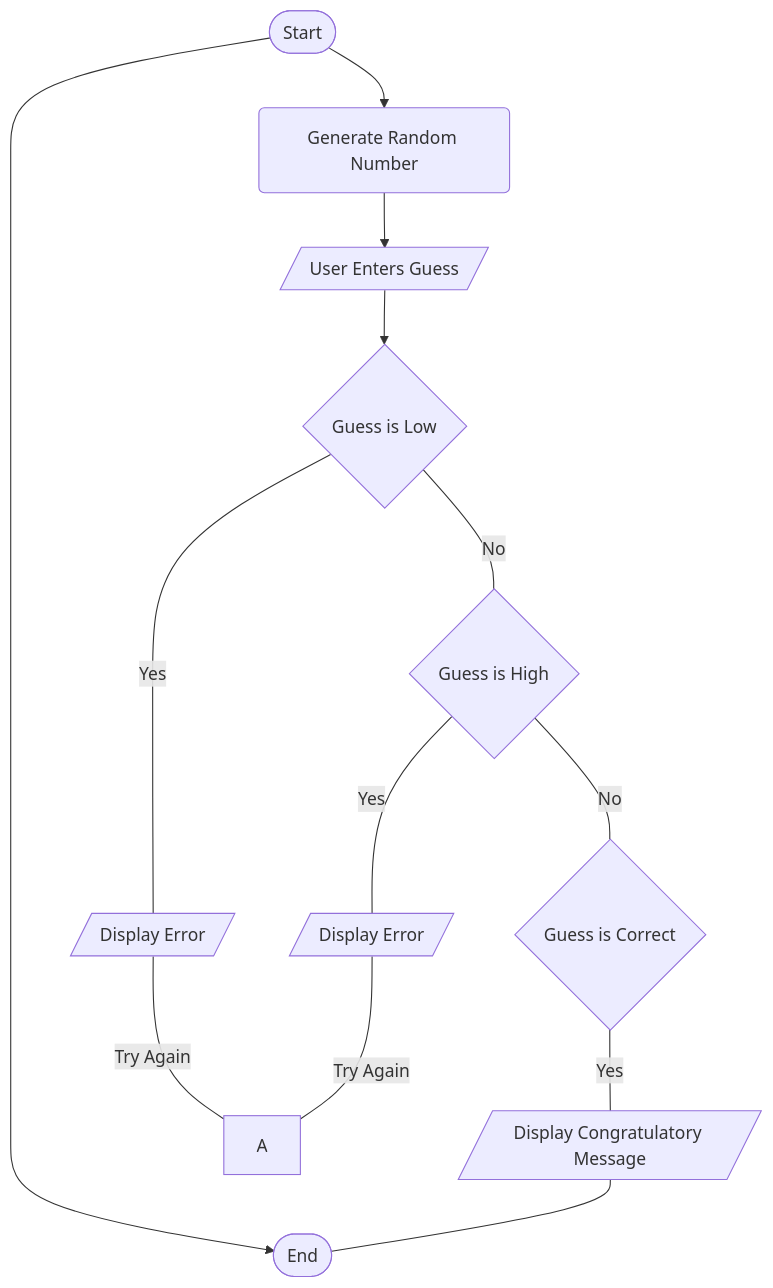
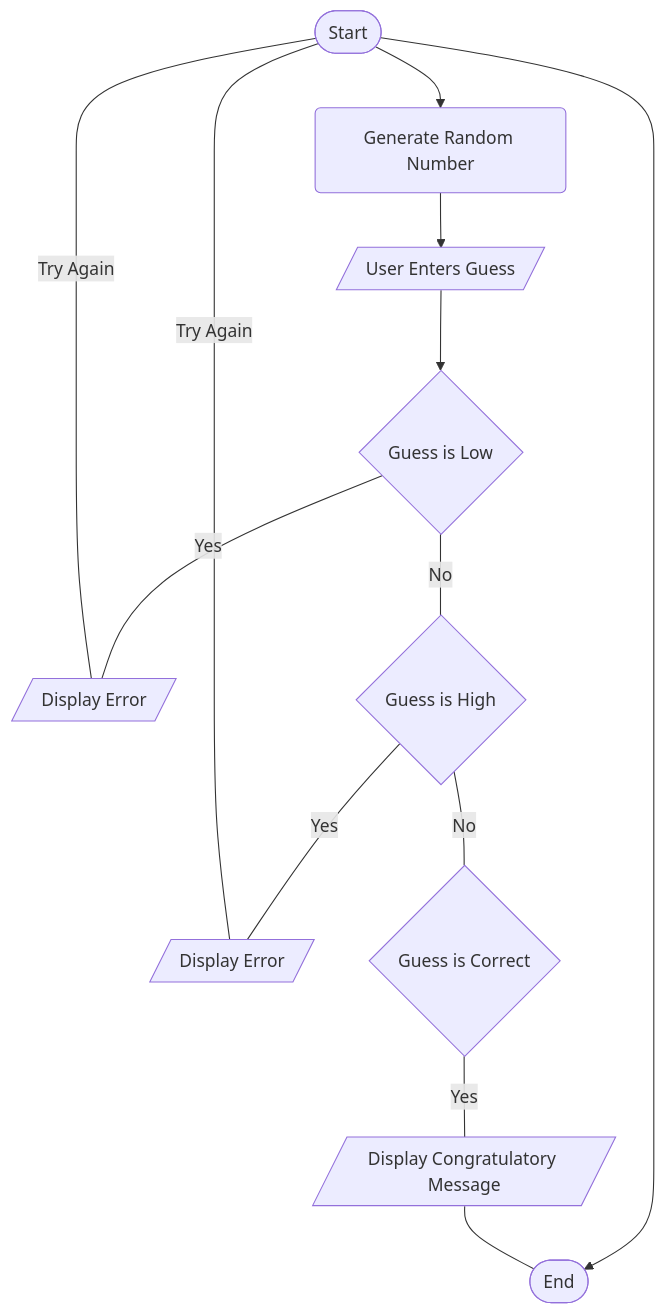
The diagram in Guessing.md (skkhan157/Random-Guessing-Game-), drawn with Mermaid before and after one commit.

````diff
--- a/Guessing.md
+++ b/Guessing.md
@@ -1,20 +1,20 @@
 ```mermaid 
 flowchart TD
     Start([Start]) --> End([End]) 
     Start([Start]) --> B(Generate Random Number)
     B --> C[/User Enters Guess/]
     C -->D{Guess is Low}
     E[/Display Error/]
     D---|Yes|E
     F{Guess is High}
     D---|No|F
     G[/Display Error/]
     F---|Yes|G
     F---|No|H
     H{Guess is Correct}
     I[/Display Congratulatory Message/]
     H---|Yes|I 
-    E---|Try Again|A 
-    G---|Try Again|A 
+    E---|Try Again|Start 
+    G---|Try Again|Start 
     I---End
 ``` 
````
